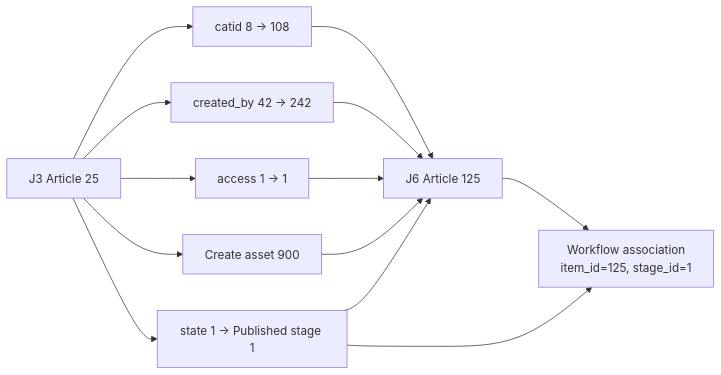
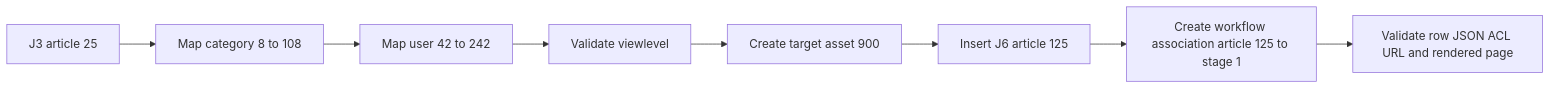
Diagram 14 of 15 in docs/joomla/learning/database/joomla3-vs-joomla6-erd-gap-diagrams.md (duyduyly/php-notebook), drawn with Mermaid before and after one commit. The commit also changed other lines of this file, not shown here.

Commit message:
docs: fix Mermaid ERD gaps and add side-by-side table comparisons

````diff
--- a/docs/joomla/learning/database/joomla3-vs-joomla6-erd-gap-diagrams.md
+++ b/docs/joomla/learning/database/joomla3-vs-joomla6-erd-gap-diagrams.md
@@ -689,19 +466,10 @@
 ```mermaid
 flowchart LR
-    SOURCE["J3 Article 25"]
-    MAPCAT["catid 8 → 108"]
-    MAPUSER["created_by 42 → 242"]
-    MAPACCESS["access 1 → 1"]
-    BUILDASSET["Create asset 900"]
-    STATE["state 1 → Published stage 1"]
-    TARGET["J6 Article 125"]
-    WF["Workflow association\nitem_id=125, stage_id=1"]
-
-    SOURCE --> MAPCAT --> TARGET
-    SOURCE --> MAPUSER --> TARGET
-    SOURCE --> MAPACCESS --> TARGET
-    SOURCE --> BUILDASSET --> TARGET
-    SOURCE --> STATE --> TARGET
-    STATE --> WF
-    TARGET --> WF
+    SOURCE["J3 article 25"] --> CAT["Map category 8 to 108"]
+    CAT --> USER["Map user 42 to 242"]
+    USER --> ACCESS["Validate viewlevel"]
+    ACCESS --> ASSET["Create target asset 900"]
+    ASSET --> INSERT["Insert J6 article 125"]
+    INSERT --> WF["Create workflow association article 125 to stage 1"]
+    WF --> CHECK["Validate row JSON ACL URL and rendered page"]
 ```
````
